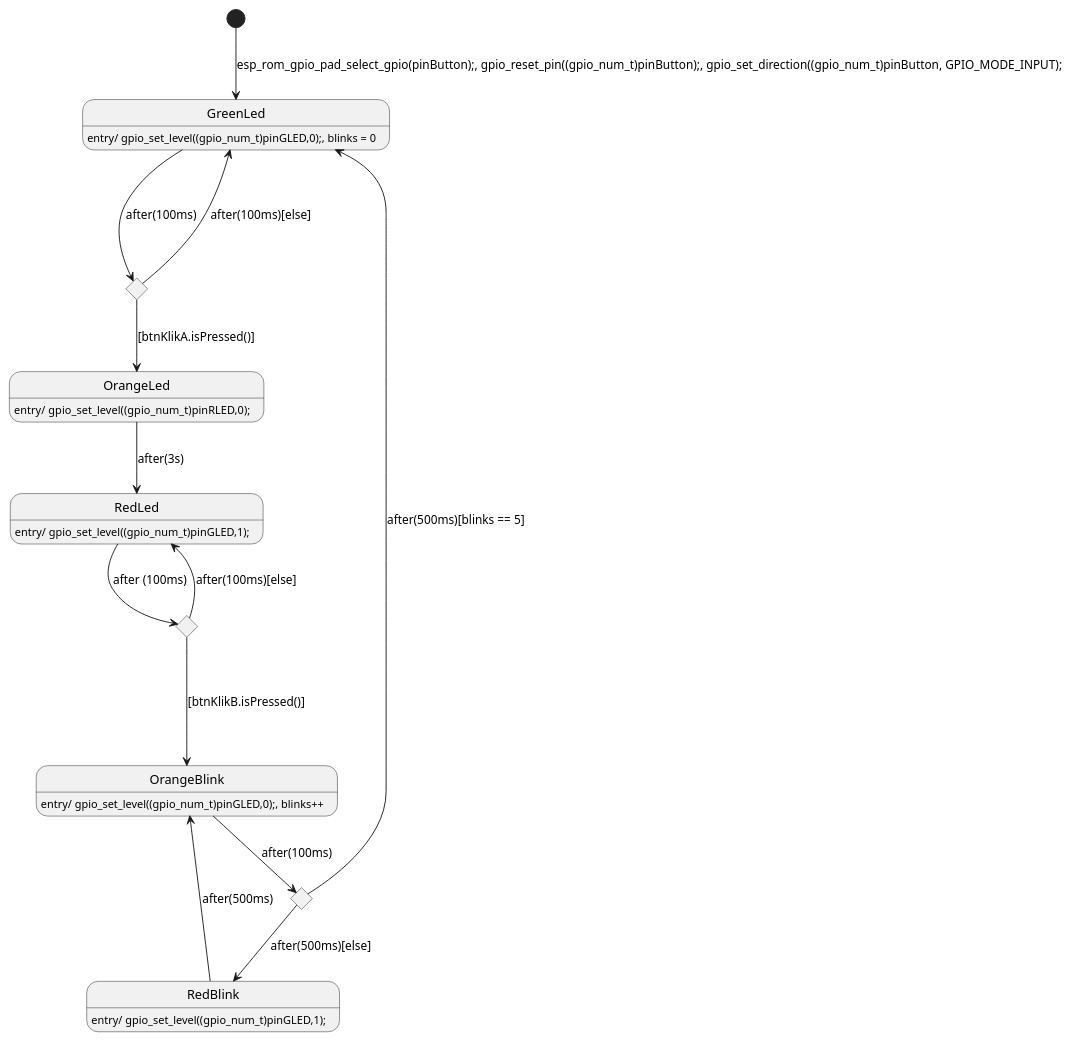
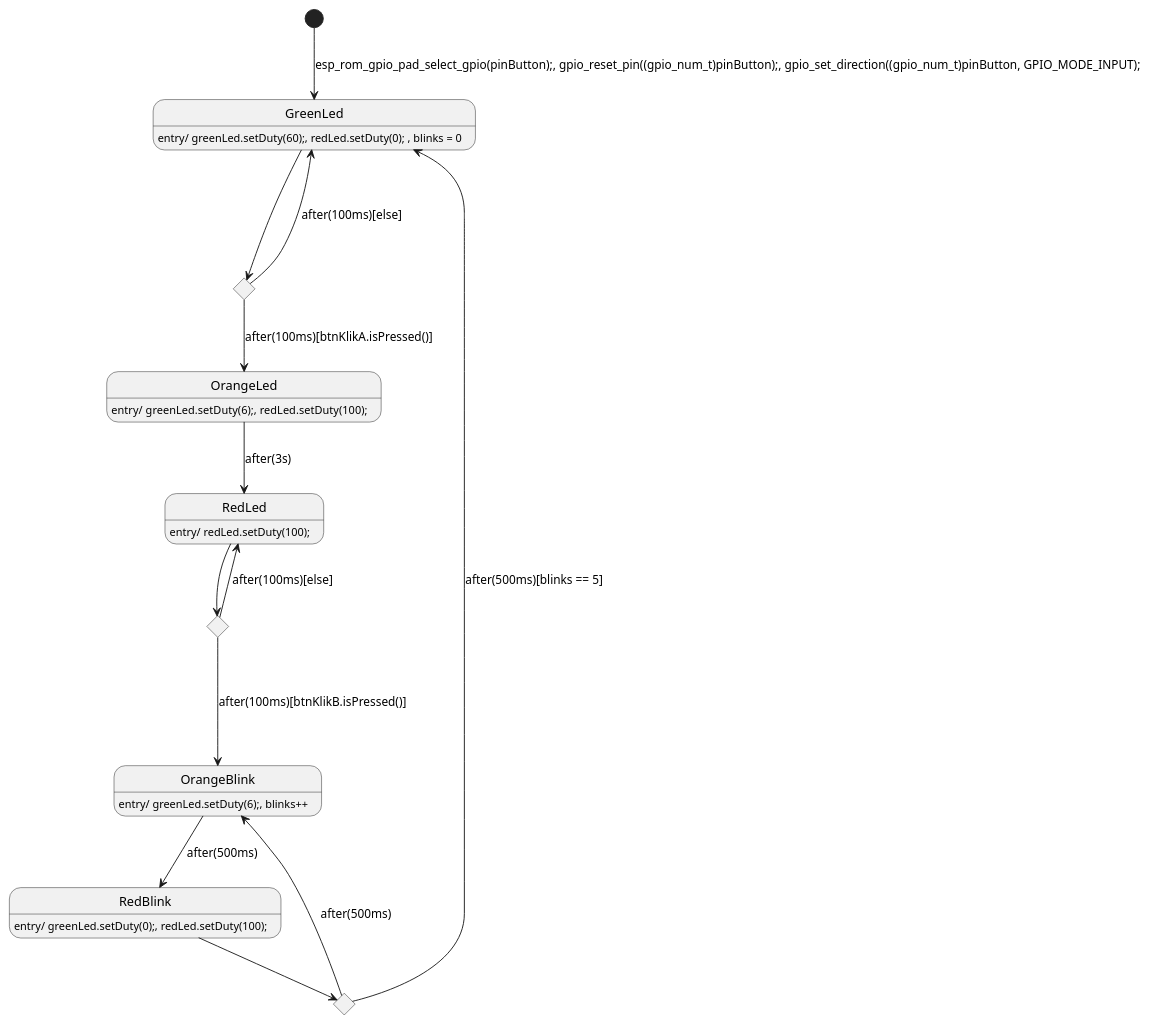
The diagram in STD_stoplicht/STD.plantuml (Ruben633311/personal-Ruben633311), drawn with PlantUML before and after one commit. The commit also changed 30 other files, not shown here.

```diff
--- a/STD_stoplicht/STD.plantuml
+++ b/STD_stoplicht/STD.plantuml
@@ -1,27 +1,27 @@
 @startuml
 
 [*] --> GreenLed : esp_rom_gpio_pad_select_gpio(pinButton);, gpio_reset_pin((gpio_num_t)pinButton);, gpio_set_direction((gpio_num_t)pinButton, GPIO_MODE_INPUT);
 
-GreenLed : entry/ gpio_set_level((gpio_num_t)pinGLED,0);, blinks = 0
-OrangeLed : entry/  gpio_set_level((gpio_num_t)pinRLED,0);
-RedLed :  entry/ gpio_set_level((gpio_num_t)pinGLED,1);
-RedBlink : entry/ gpio_set_level((gpio_num_t)pinGLED,1);
-OrangeBlink: entry/ gpio_set_level((gpio_num_t)pinGLED,0);, blinks++
+GreenLed : entry/ greenLed.setDuty(60);, redLed.setDuty(0); , blinks = 0
+OrangeLed : entry/  greenLed.setDuty(6);, redLed.setDuty(100);
+RedLed :  entry/ redLed.setDuty(100);
+RedBlink : entry/ greenLed.setDuty(0);, redLed.setDuty(100);
+OrangeBlink: entry/ greenLed.setDuty(6);, blinks++
 
 state c1 <<choice>>
 state c2 <<choice>>
 state c3 <<choice>>
 
-GreenLed --> c1 : after(100ms)
-c1 --> OrangeLed : [btnKlikA.isPressed()]
+GreenLed --> c1
+c1 --> OrangeLed : after(100ms)[btnKlikA.isPressed()]
 c1 ---> GreenLed : after(100ms)[else]
 OrangeLed --> RedLed : after(3s)
-c2 ---> OrangeBlink : [btnKlikB.isPressed()]
-RedBlink --> OrangeBlink : after(500ms)
-OrangeBlink --> c3 : after(100ms)
-RedLed --> c2 : after (100ms)
+c2 ---> OrangeBlink : after(100ms)[btnKlikB.isPressed()]
+OrangeBlink --> RedBlink : after(500ms)
+c3 -->  OrangeBlink : after(500ms)
+RedLed --> c2
 c2 --> RedLed : after(100ms)[else]
 c3 --> GreenLed : after(500ms)[blinks == 5]
-c3 --> RedBlink : after(500ms)[else]
+RedBlink --> c3
 
 @enduml
```
